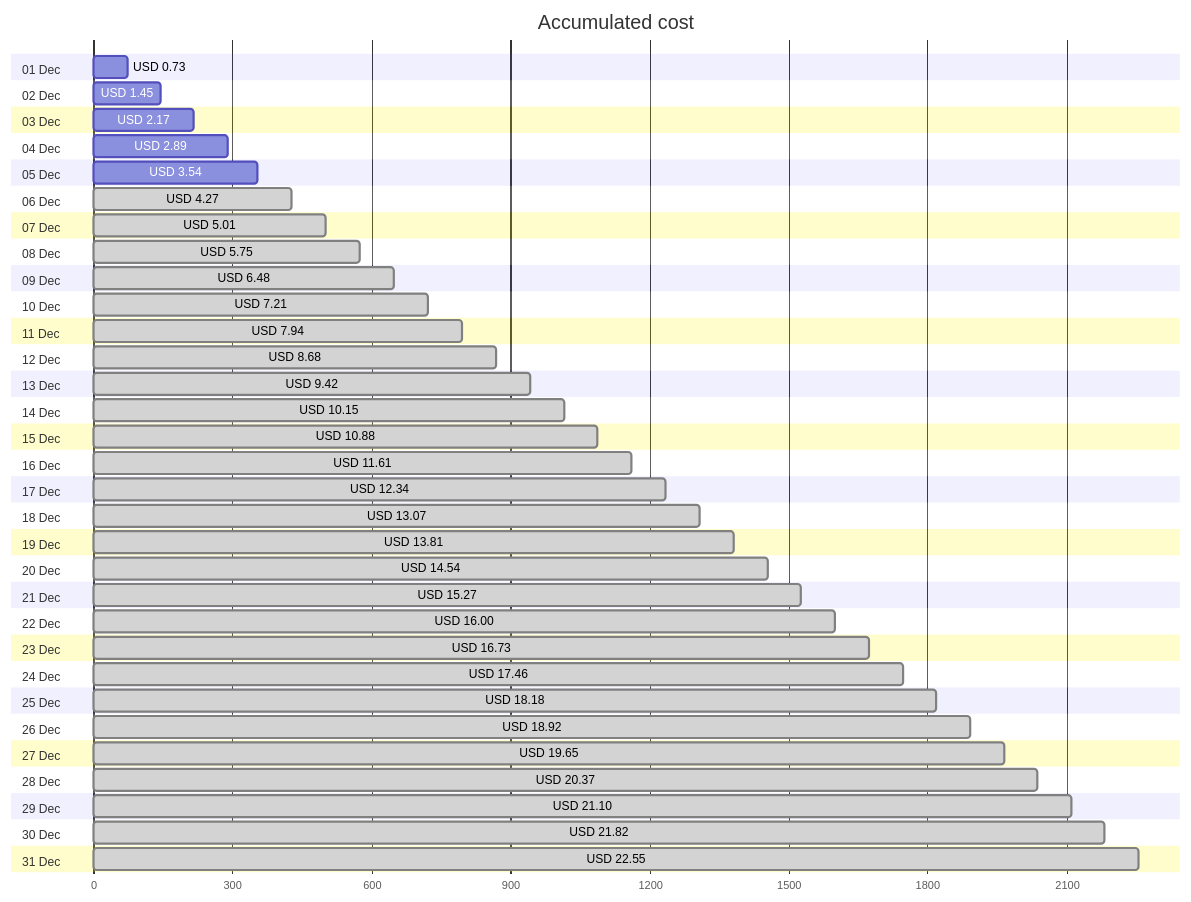
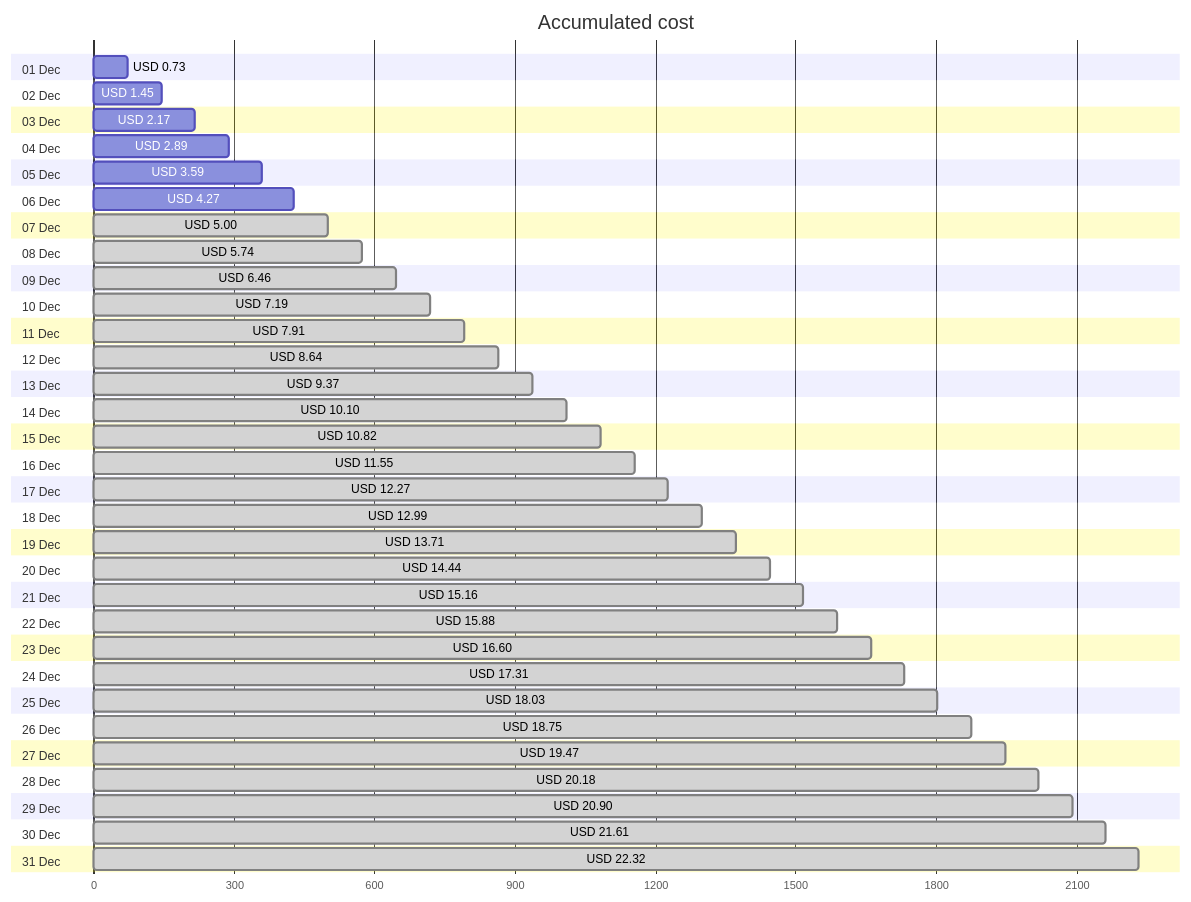
One commit to jpfulton/azure-personal-reports changed the first of 4 diagrams in cost-reports/personal-network/backup-server-data-disk.md. Above: the diagram before and after it, drawn with Mermaid. The commit also changed other lines of this file and 8 other files, not shown here.

````diff
--- a/cost-reports/personal-network/backup-server-data-disk.md
+++ b/cost-reports/personal-network/backup-server-data-disk.md
@@ -20,68 +20,68 @@
 ```mermaid
 gantt
    title Accumulated cost
    dateFormat  X
    axisFormat %s
    section 01 Dec
    USD 0.73 :0, 73
    section 02 Dec
    USD 1.45 :0, 145
    section 03 Dec
    USD 2.17 :0, 217
    section 04 Dec
    USD 2.89 :0, 289
    section 05 Dec
-   USD 3.54 :0, 354
+   USD 3.59 :0, 359
    section 06 Dec
-   USD 4.27 : done, 0, 427
+   USD 4.27 :0, 427
    section 07 Dec
-   USD 5.01 : done, 0, 501
+   USD 5.00 : done, 0, 500
    section 08 Dec
-   USD 5.75 : done, 0, 575
+   USD 5.74 : done, 0, 574
    section 09 Dec
-   USD 6.48 : done, 0, 648
+   USD 6.46 : done, 0, 646
    section 10 Dec
-   USD 7.21 : done, 0, 721
+   USD 7.19 : done, 0, 719
    section 11 Dec
-   USD 7.94 : done, 0, 794
+   USD 7.91 : done, 0, 791
    section 12 Dec
-   USD 8.68 : done, 0, 868
+   USD 8.64 : done, 0, 864
    section 13 Dec
-   USD 9.42 : done, 0, 942
+   USD 9.37 : done, 0, 937
    section 14 Dec
-   USD 10.15 : done, 0, 1015
+   USD 10.10 : done, 0, 1010
    section 15 Dec
-   USD 10.88 : done, 0, 1088
+   USD 10.82 : done, 0, 1082
    section 16 Dec
-   USD 11.61 : done, 0, 1161
+   USD 11.55 : done, 0, 1155
    section 17 Dec
-   USD 12.34 : done, 0, 1234
+   USD 12.27 : done, 0, 1227
    section 18 Dec
-   USD 13.07 : done, 0, 1307
+   USD 12.99 : done, 0, 1299
    section 19 Dec
-   USD 13.81 : done, 0, 1381
+   USD 13.71 : done, 0, 1371
    section 20 Dec
-   USD 14.54 : done, 0, 1454
+   USD 14.44 : done, 0, 1444
    section 21 Dec
-   USD 15.27 : done, 0, 1527
+   USD 15.16 : done, 0, 1516
    section 22 Dec
-   USD 16.00 : done, 0, 1600
+   USD 15.88 : done, 0, 1588
    section 23 Dec
-   USD 16.73 : done, 0, 1673
+   USD 16.60 : done, 0, 1660
    section 24 Dec
-   USD 17.46 : done, 0, 1746
+   USD 17.31 : done, 0, 1731
    section 25 Dec
-   USD 18.18 : done, 0, 1818
+   USD 18.03 : done, 0, 1803
    section 26 Dec
-   USD 18.92 : done, 0, 1892
+   USD 18.75 : done, 0, 1875
    section 27 Dec
-   USD 19.65 : done, 0, 1965
+   USD 19.47 : done, 0, 1947
    section 28 Dec
-   USD 20.37 : done, 0, 2037
+   USD 20.18 : done, 0, 2018
    section 29 Dec
-   USD 21.10 : done, 0, 2110
+   USD 20.90 : done, 0, 2090
    section 30 Dec
-   USD 21.82 : done, 0, 2182
+   USD 21.61 : done, 0, 2161
    section 31 Dec
-   USD 22.55 : done, 0, 2255
+   USD 22.32 : done, 0, 2232
 ```
````
